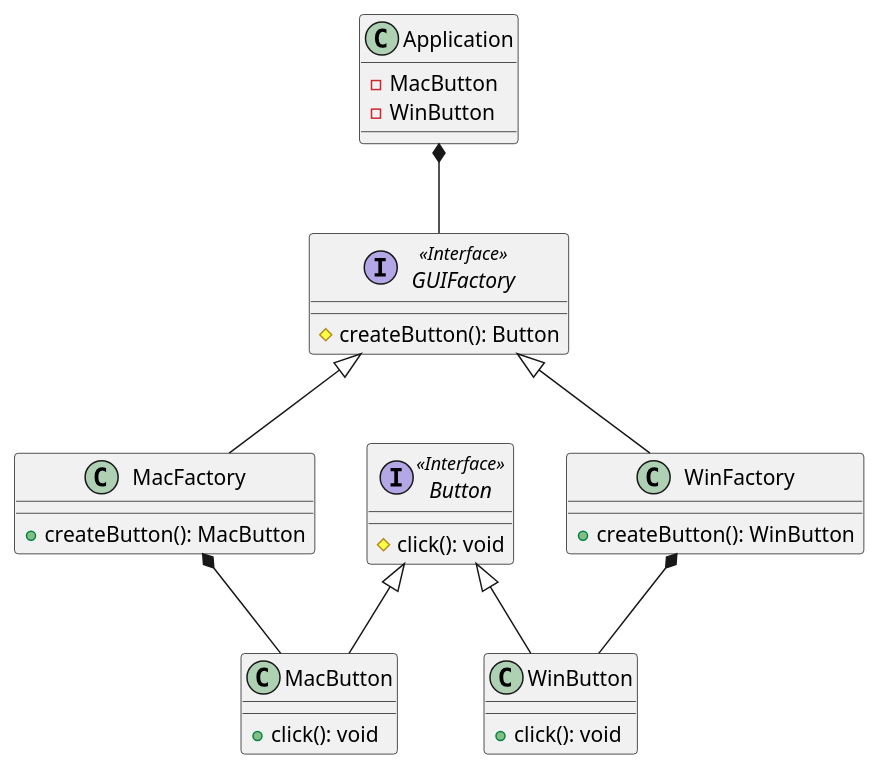
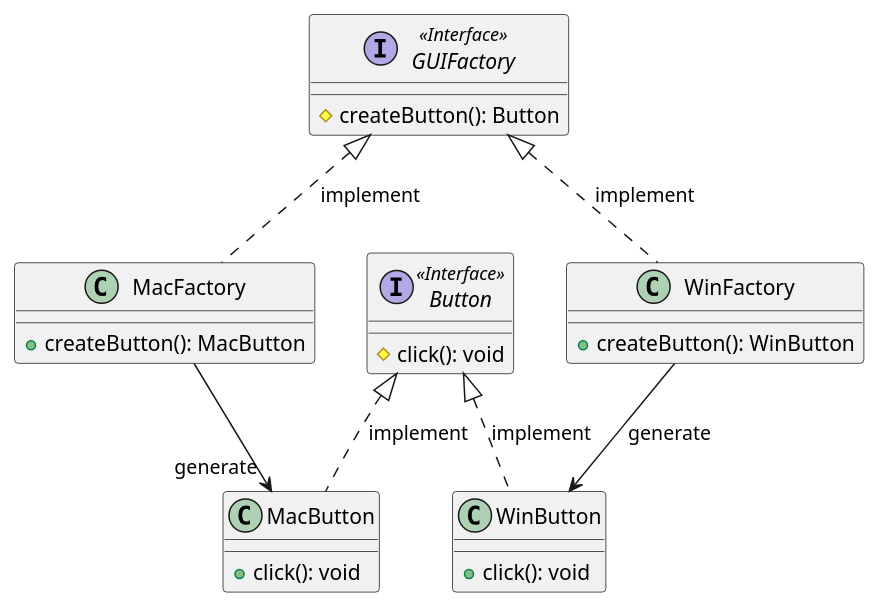
Before and after one commit to wenfujing/design-pattern: the diagram in abstract-factory/resources/abstract-factory.puml, drawn with PlantUML. The commit also changed 3 other files, not shown here.

Commit message:
adjust uml

```diff
--- a/abstract-factory/resources/abstract-factory.puml
+++ b/abstract-factory/resources/abstract-factory.puml
@@ -1,37 +1,30 @@
 @startuml
 interface GUIFactory <<Interface>> {
     # createButton(): Button
 }
 class MacFactory {
     + createButton(): MacButton
 }
 class WinFactory {
     + createButton(): WinButton
 }
 interface Button <<Interface>> {
     # click(): void
 }
 class MacButton {
     + click(): void
 }
 class WinButton {
     + click(): void
 }
-class Application {
-    - MacButton
-    - WinButton
-}
 
-GUIFactory <|-- MacFactory
-GUIFactory <|-- WinFactory
+GUIFactory <|.. MacFactory :implement
+GUIFactory <|.. WinFactory :implement
 
-Button <|-- MacButton
-Button <|-- WinButton
+Button <|.. MacButton :implement
+Button <|.. WinButton :implement
 
-MacFactory *-- MacButton
-WinFactory *-- WinButton
-
-'application use factory'
-Application *-- GUIFactory
+MacFactory --> "generate" MacButton
+WinFactory --> WinButton :generate
 
 @enduml
```
